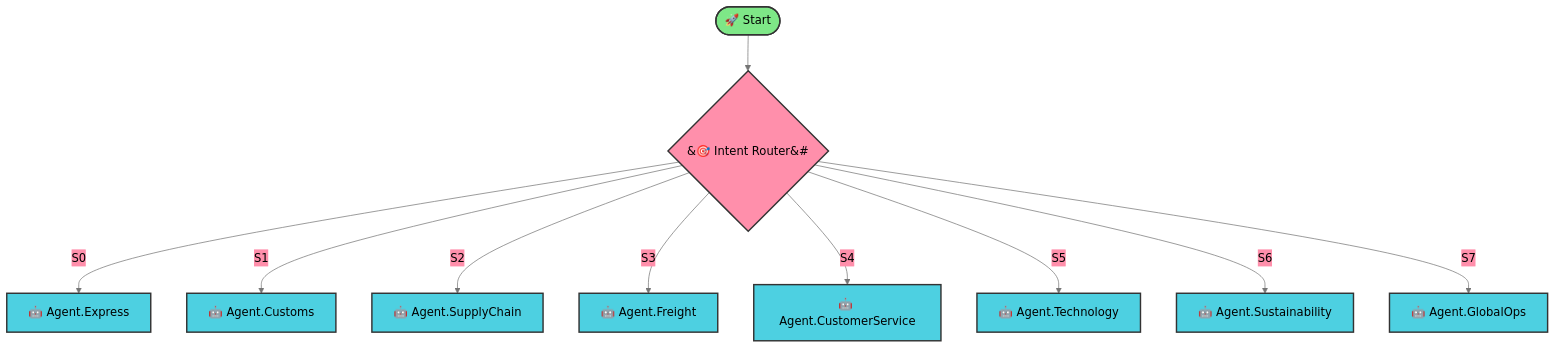
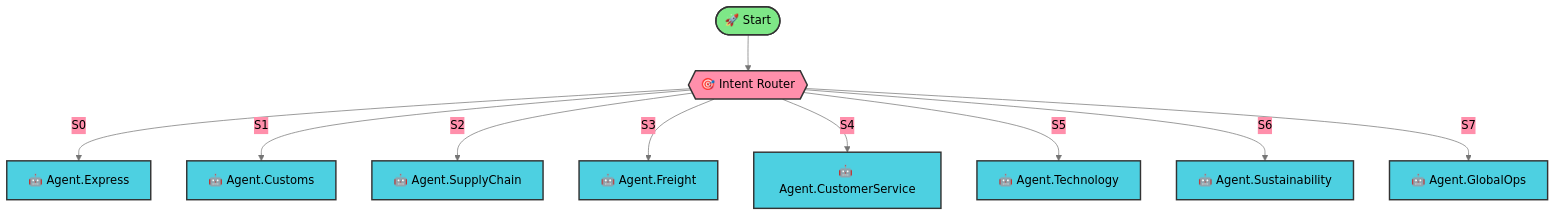
Before and after one commit to snedea/flowise-dhl-global-logistics: the diagram in README.md, drawn with Mermaid. The commit also changed 1 other file, not shown here.

Commit message:
Fix: Correct Mermaid hexagon syntax for GitHub renderer
- Change hexagon syntax from {&...&#} to {{...}}
- GitHub's Mermaid renderer uses {{text}} for hexagons
- Now Intent Router hexagon properly displays with emoji
- All node labels now render correctly on GitHub

Fixed node: 🎯 Intent Router (ConditionAgent)

````diff
--- a/README.md
+++ b/README.md
@@ -17,34 +17,34 @@
 ```mermaid
 %%{init: {'theme':'base', 'themeVariables': { 'primaryColor':'#4DD0E1','primaryTextColor':'#000','primaryBorderColor':'#0097A7','lineColor':'#757575','secondaryColor':'#ff8fab','tertiaryColor':'#7EE787'}}}%%
 graph TD
     startAgentflow_0([🚀 Start])
     style startAgentflow_0 fill:#7EE787,stroke:#333,stroke-width:2px
-    conditionAgentAgentflow_0{&🎯 Intent Router&#}
+    conditionAgentAgentflow_0{{🎯 Intent Router}}
     style conditionAgentAgentflow_0 fill:#ff8fab,stroke:#333,stroke-width:2px
     agentAgentflow_1[🤖 Agent.Express]
     style agentAgentflow_1 fill:#4DD0E1,stroke:#333,stroke-width:2px
     agentAgentflow_2[🤖 Agent.Customs]
     style agentAgentflow_2 fill:#4DD0E1,stroke:#333,stroke-width:2px
     agentAgentflow_3[🤖 Agent.SupplyChain]
     style agentAgentflow_3 fill:#4DD0E1,stroke:#333,stroke-width:2px
     agentAgentflow_4[🤖 Agent.Freight]
     style agentAgentflow_4 fill:#4DD0E1,stroke:#333,stroke-width:2px
     agentAgentflow_5[🤖 Agent.CustomerService]
     style agentAgentflow_5 fill:#4DD0E1,stroke:#333,stroke-width:2px
     agentAgentflow_6[🤖 Agent.Technology]
     style agentAgentflow_6 fill:#4DD0E1,stroke:#333,stroke-width:2px
     agentAgentflow_7[🤖 Agent.Sustainability]
     style agentAgentflow_7 fill:#4DD0E1,stroke:#333,stroke-width:2px
     agentAgentflow_8[🤖 Agent.GlobalOps]
     style agentAgentflow_8 fill:#4DD0E1,stroke:#333,stroke-width:2px
 
     startAgentflow_0 --> conditionAgentAgentflow_0
     conditionAgentAgentflow_0 -->|S0| agentAgentflow_1
     conditionAgentAgentflow_0 -->|S1| agentAgentflow_2
     conditionAgentAgentflow_0 -->|S2| agentAgentflow_3
     conditionAgentAgentflow_0 -->|S3| agentAgentflow_4
     conditionAgentAgentflow_0 -->|S4| agentAgentflow_5
     conditionAgentAgentflow_0 -->|S5| agentAgentflow_6
     conditionAgentAgentflow_0 -->|S6| agentAgentflow_7
     conditionAgentAgentflow_0 -->|S7| agentAgentflow_8
 ```
````
